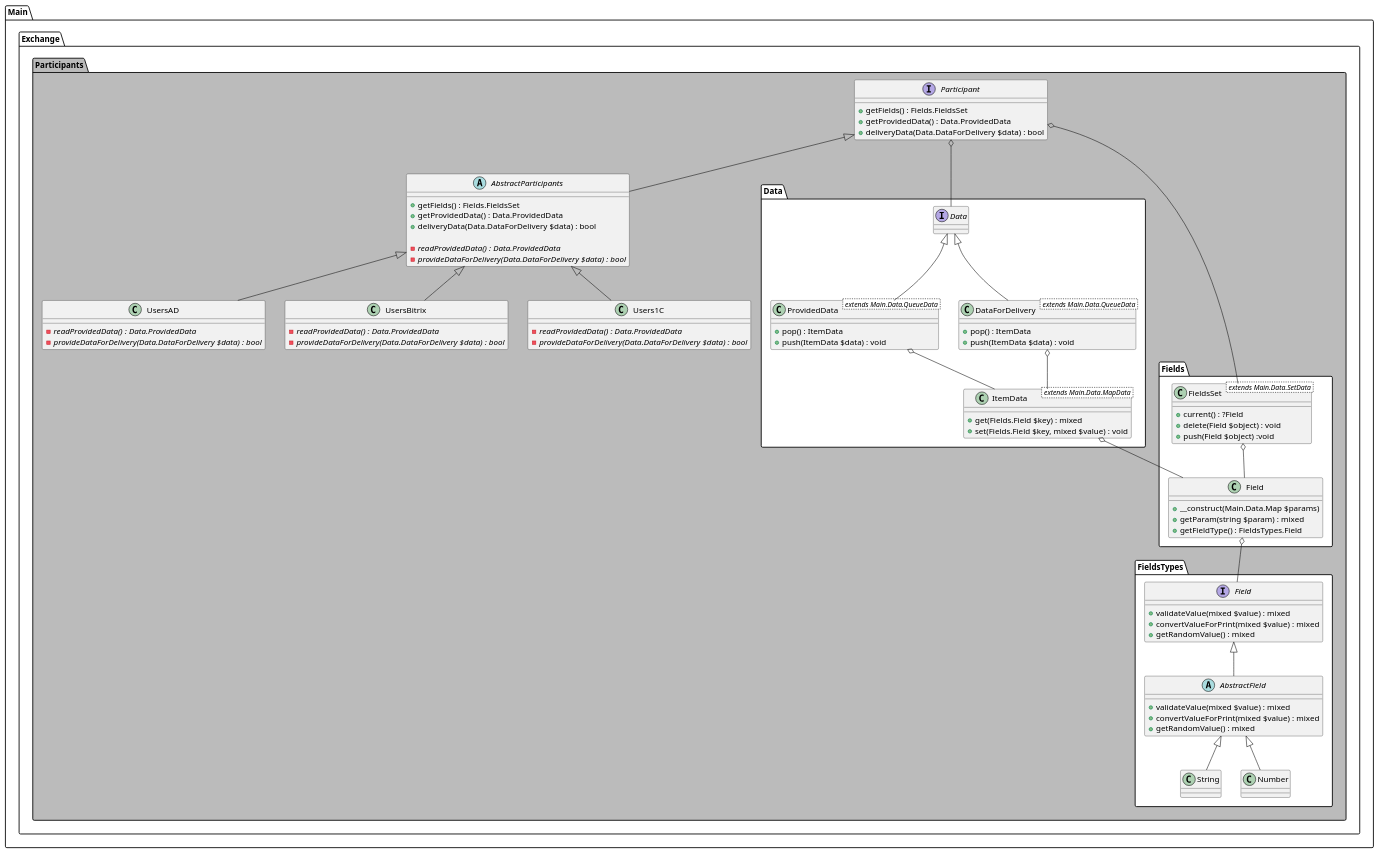
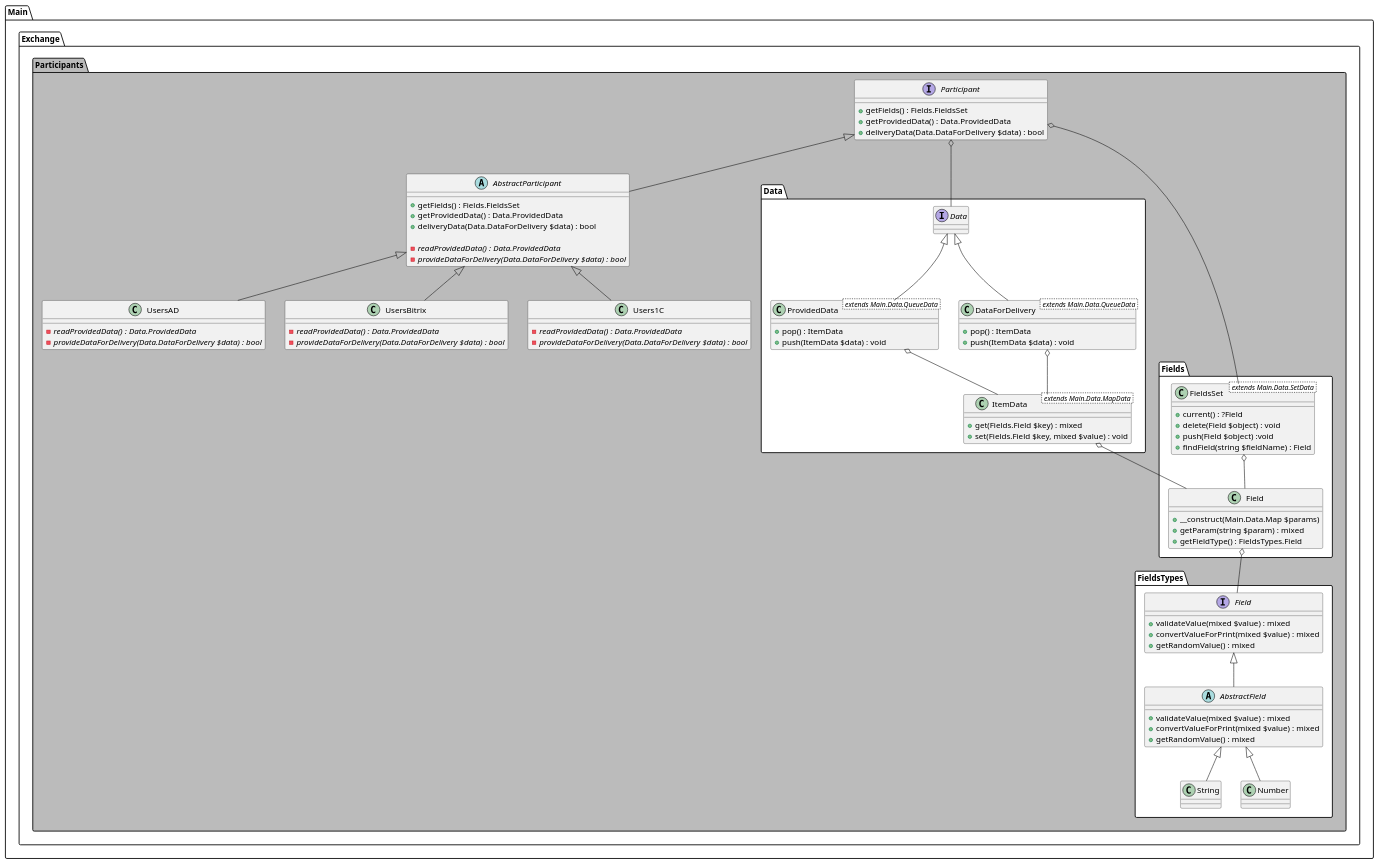
Before and after one commit to HvorostenkoNV/Exchanges: the diagram in uml/exchange/participants.puml, drawn with PlantUML. The commit also changed 98 other files, not shown here.

```diff
--- a/uml/exchange/participants.puml
+++ b/uml/exchange/participants.puml
@@ -1,123 +1,124 @@
 @startuml
 
 namespace Main.Exchange.Participants #BBB {
     interface Participant {
         +getFields() : Fields.FieldsSet
         +getProvidedData() : Data.ProvidedData
         +deliveryData(Data.DataForDelivery $data) : bool
     }
 
-    abstract AbstractParticipants {
+    abstract AbstractParticipant {
         +getFields() : Fields.FieldsSet
         +getProvidedData() : Data.ProvidedData
         +deliveryData(Data.DataForDelivery $data) : bool
 
         -{abstract}readProvidedData() : Data.ProvidedData
         -{abstract}provideDataForDelivery(Data.DataForDelivery $data) : bool
     }
 
     class Users1C {
         -{abstract}readProvidedData() : Data.ProvidedData
         -{abstract}provideDataForDelivery(Data.DataForDelivery $data) : bool
     }
 
     class UsersAD {
         -{abstract}readProvidedData() : Data.ProvidedData
         -{abstract}provideDataForDelivery(Data.DataForDelivery $data) : bool
     }
 
     class UsersBitrix {
         -{abstract}readProvidedData() : Data.ProvidedData
         -{abstract}provideDataForDelivery(Data.DataForDelivery $data) : bool
     }
     /' ------------------------------------------- '/
     /' ------------------ Data ------------------- '/
     /' ------------------------------------------- '/
     namespace Data #FFF {
         interface Data {
 
         }
 
         class ProvidedData < extends Main.Data.QueueData > {
             +pop() : ItemData
             +push(ItemData $data) : void
         }
 
         class DataForDelivery < extends Main.Data.QueueData > {
             +pop() : ItemData
             +push(ItemData $data) : void
         }
 
         class ItemData < extends Main.Data.MapData > {
             +get(Fields.Field $key) : mixed
             +set(Fields.Field $key, mixed $value) : void
         }
 
         Data    <|--    ProvidedData
         Data    <|--    DataForDelivery
 
         ProvidedData    o-- ItemData
         DataForDelivery o-- ItemData
     }
     /' ------------------------------------------- '/
     /' ----------------- Fields ------------------ '/
     /' ------------------------------------------- '/
     namespace Fields #FFF {
         class Field {
             +__construct(Main.Data.Map $params)
             +getParam(string $param) : mixed
             +getFieldType() : FieldsTypes.Field
         }
 
         class FieldsSet < extends Main.Data.SetData > {
             +current() : ?Field
             +delete(Field $object) : void
             +push(Field $object) :void
+            +findField(string $fieldName) : Field
         }
 
         FieldsSet o-- Field
     }
     /' ------------------------------------------- '/
     /' --------------- FieldsTypes --------------- '/
     /' ------------------------------------------- '/
     namespace FieldsTypes #FFF {
         interface Field {
             +validateValue(mixed $value) : mixed
             +convertValueForPrint(mixed $value) : mixed
             +getRandomValue() : mixed
         }
 
         abstract AbstractField {
             +validateValue(mixed $value) : mixed
             +convertValueForPrint(mixed $value) : mixed
             +getRandomValue() : mixed
         }
 
         class String {
 
         }
 
         class Number {
 
         }
 
         Field           <|--    AbstractField
         AbstractField   <|--    String
         AbstractField   <|--    Number
     }
     /' ------------------------------------------- '/
     /' ---------------- Relations ---------------- '/
     /' ------------------------------------------- '/
-    Participant             <|--    AbstractParticipants
-    AbstractParticipants    <|--    Users1C
-    AbstractParticipants    <|--    UsersAD
-    AbstractParticipants    <|--    UsersBitrix
+    Participant         <|--    AbstractParticipant
+    AbstractParticipant <|--    Users1C
+    AbstractParticipant <|--    UsersAD
+    AbstractParticipant <|--    UsersBitrix
 
     Participant o-- Main.Exchange.Participants.Data.Data
     Participant o-- Main.Exchange.Participants.Fields.FieldsSet
 
     Main.Exchange.Participants.Fields.Field     o-- Main.Exchange.Participants.FieldsTypes.Field
     Main.Exchange.Participants.Data.ItemData    o-- Main.Exchange.Participants.Fields.Field
 }
 
 @enduml
```
